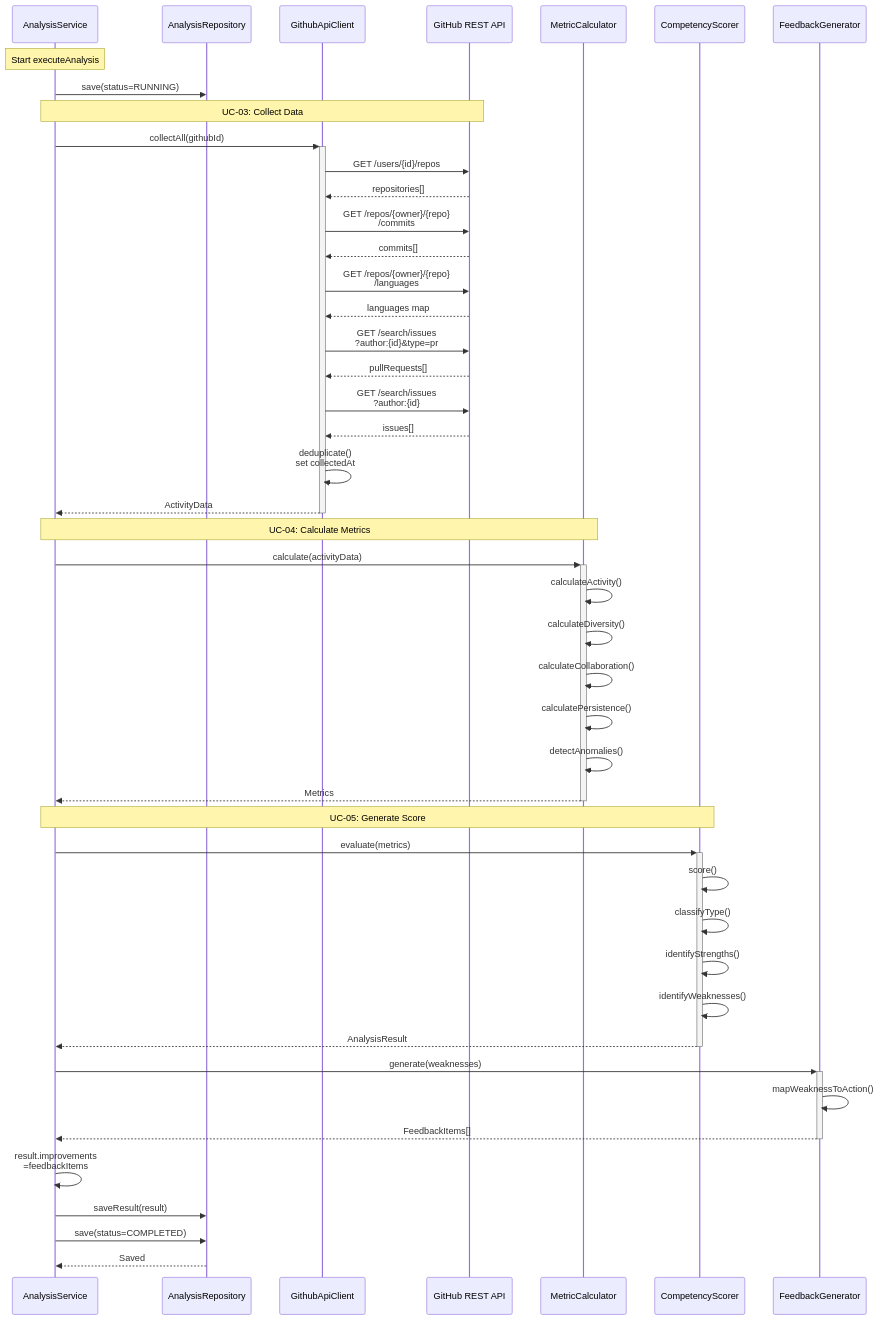
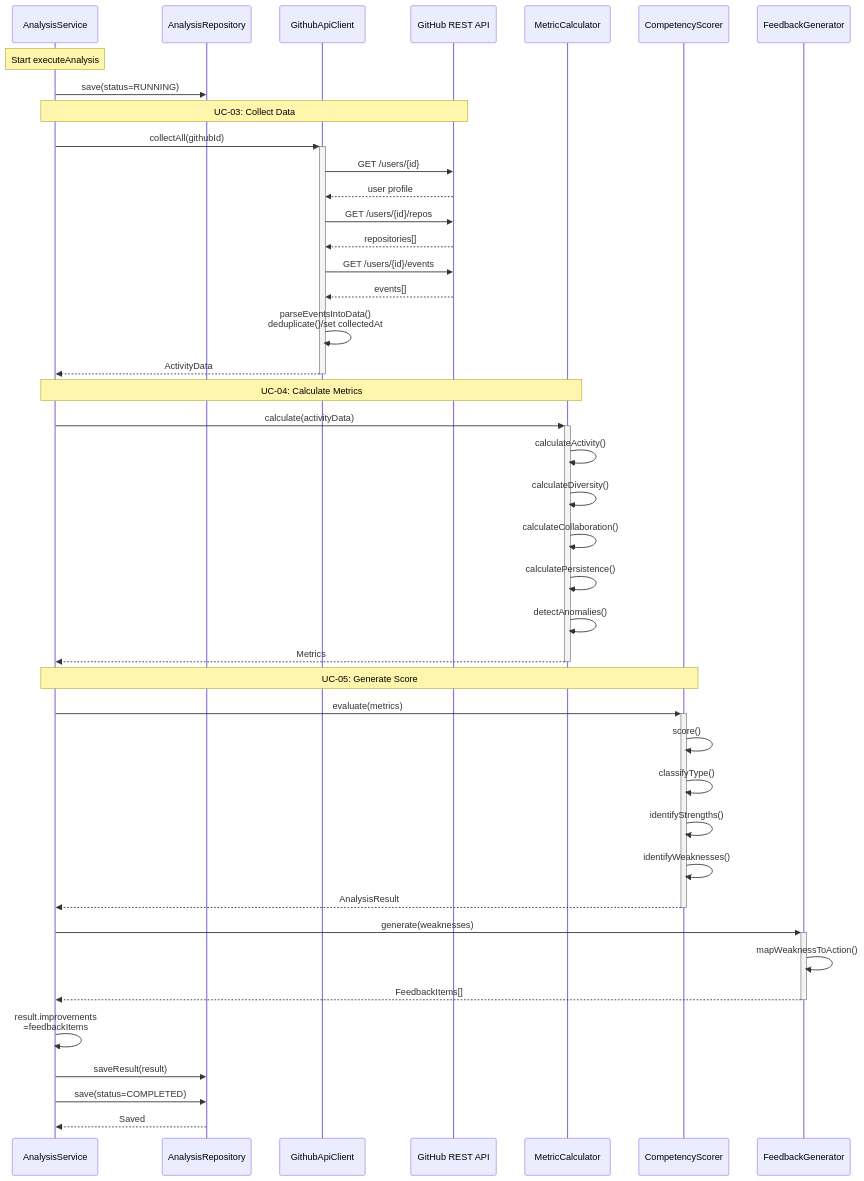
Before and after one commit to NotHyoone/OSS_Design: diagram 13 of 15 in Design_[22212046_안효원].md, drawn with Mermaid. The commit also changed other lines of this file and 2 other files, not shown here.

Commit message:
docs: sync design spec with implemented classes and flows

````diff
--- a/Design_[22212046_안효원].md
+++ b/Design_[22212046_안효원].md
@@ -1665,54 +1694,50 @@
 ```mermaid
 sequenceDiagram
     participant AnalysisSvc as AnalysisService
     participant Repo as AnalysisRepository
     participant GithubClient as GithubApiClient
     participant GitHubAPI as GitHub REST API
     participant MetricCalc as MetricCalculator
     participant Scorer as CompetencyScorer
     participant FeedbackGen as FeedbackGenerator
 
     Note over AnalysisSvc: Start executeAnalysis
     AnalysisSvc->>Repo: save(status=RUNNING)
 
     Note over AnalysisSvc,GitHubAPI: UC-03: Collect Data
     AnalysisSvc->>+GithubClient: collectAll(githubId)
+    GithubClient->>GitHubAPI: GET /users/{id}
+    GitHubAPI-->>GithubClient: user profile
     GithubClient->>GitHubAPI: GET /users/{id}/repos
     GitHubAPI-->>GithubClient: repositories[]
-    GithubClient->>GitHubAPI: GET /repos/{owner}/{repo}<br/>/commits
-    GitHubAPI-->>GithubClient: commits[]
-    GithubClient->>GitHubAPI: GET /repos/{owner}/{repo}<br/>/languages
-    GitHubAPI-->>GithubClient: languages map
-    GithubClient->>GitHubAPI: GET /search/issues<br/>?author:{id}&type=pr
-    GitHubAPI-->>GithubClient: pullRequests[]
-    GithubClient->>GitHubAPI: GET /search/issues<br/>?author:{id}
-    GitHubAPI-->>GithubClient: issues[]
-    GithubClient->>GithubClient: deduplicate()<br/>set collectedAt
+    GithubClient->>GitHubAPI: GET /users/{id}/events
+    GitHubAPI-->>GithubClient: events[]
+    GithubClient->>GithubClient: parseEventsIntoData()<br/>deduplicate()/set collectedAt
     GithubClient-->>-AnalysisSvc: ActivityData
 
     Note over AnalysisSvc,MetricCalc: UC-04: Calculate Metrics
     AnalysisSvc->>+MetricCalc: calculate(activityData)
     MetricCalc->>MetricCalc: calculateActivity()
     MetricCalc->>MetricCalc: calculateDiversity()
     MetricCalc->>MetricCalc: calculateCollaboration()
     MetricCalc->>MetricCalc: calculatePersistence()
     MetricCalc->>MetricCalc: detectAnomalies()
     MetricCalc-->>-AnalysisSvc: Metrics
 
     Note over AnalysisSvc,Scorer: UC-05: Generate Score
     AnalysisSvc->>+Scorer: evaluate(metrics)
     Scorer->>Scorer: score()
     Scorer->>Scorer: classifyType()
     Scorer->>Scorer: identifyStrengths()
     Scorer->>Scorer: identifyWeaknesses()
     Scorer-->>-AnalysisSvc: AnalysisResult
 
     AnalysisSvc->>+FeedbackGen: generate(weaknesses)
     FeedbackGen->>FeedbackGen: mapWeaknessToAction()
     FeedbackGen-->>-AnalysisSvc: FeedbackItems[]
 
     AnalysisSvc->>AnalysisSvc: result.improvements<br/>=feedbackItems
     AnalysisSvc->>Repo: saveResult(result)
     AnalysisSvc->>Repo: save(status=COMPLETED)
     Repo-->>AnalysisSvc: Saved
 ```
````
